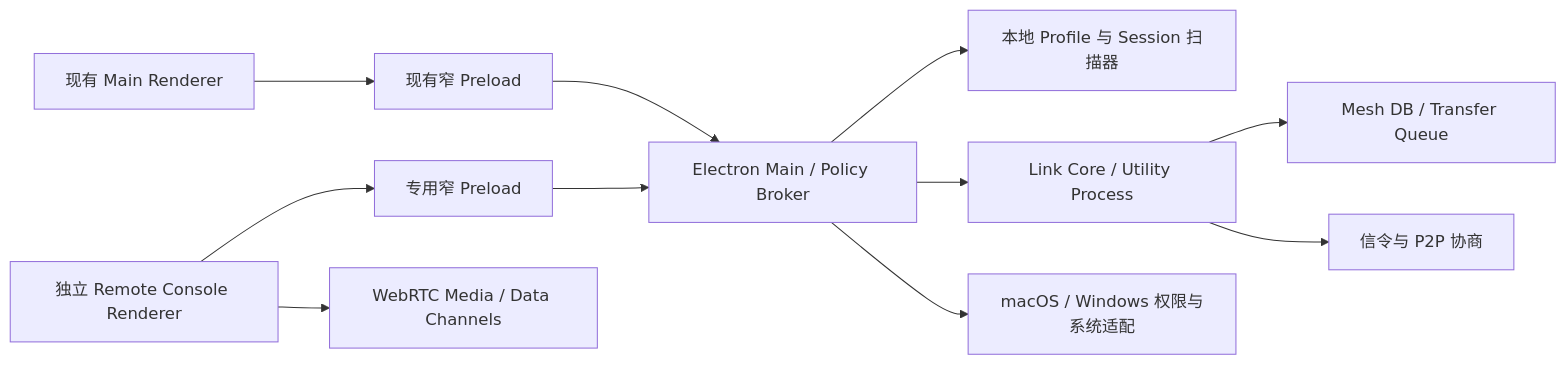
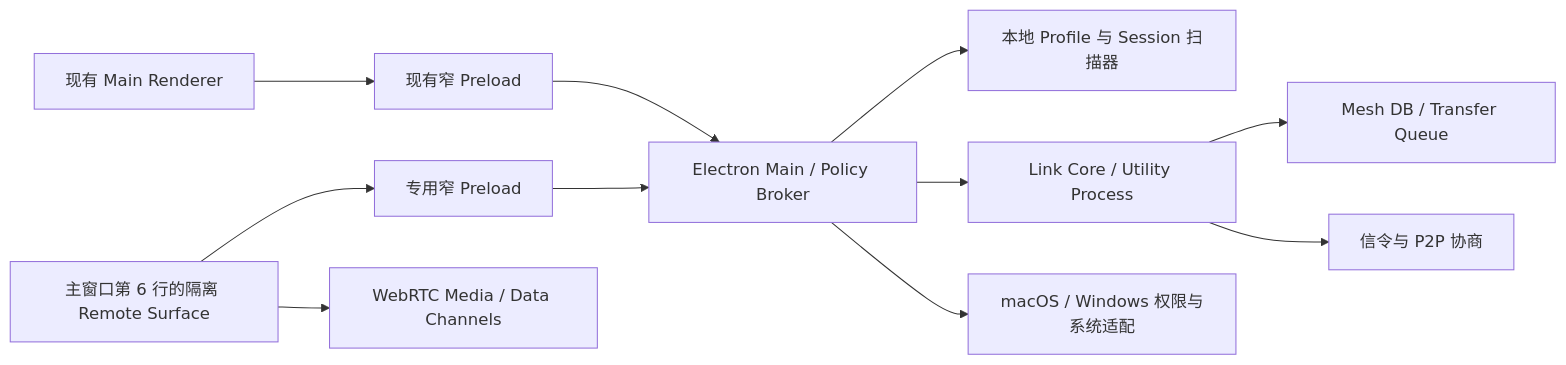
The fourth of 4 diagrams in docs/PERSONAL_AGENT_MESH_PLAN.md (shuqianglin1997/agent-desk), drawn with Mermaid before and after one commit. The commit also changed other lines of this file and 29 other files, not shown here.

````diff
--- a/docs/PERSONAL_AGENT_MESH_PLAN.md
+++ b/docs/PERSONAL_AGENT_MESH_PLAN.md
@@ -1159,14 +1159,14 @@
 ```mermaid
 flowchart LR
   UI["现有 Main Renderer"] --> PRE["现有窄 Preload"]
   PRE --> MAIN["Electron Main / Policy Broker"]
   MAIN --> LOCAL["本地 Profile 与 Session 扫描器"]
   MAIN --> LINK["Link Core / Utility Process"]
   LINK --> STORE["Mesh DB / Transfer Queue"]
   LINK --> SIGNAL["信令与 P2P 协商"]
   MAIN --> OS["macOS / Windows 权限与系统适配"]
 
-  RC["独立 Remote Console Renderer"] --> RPRE["专用窄 Preload"]
+  RC["主窗口第 6 行的隔离 Remote Surface"] --> RPRE["专用窄 Preload"]
   RPRE --> MAIN
   RC --> MEDIA["WebRTC Media / Data Channels"]
 ```
````
